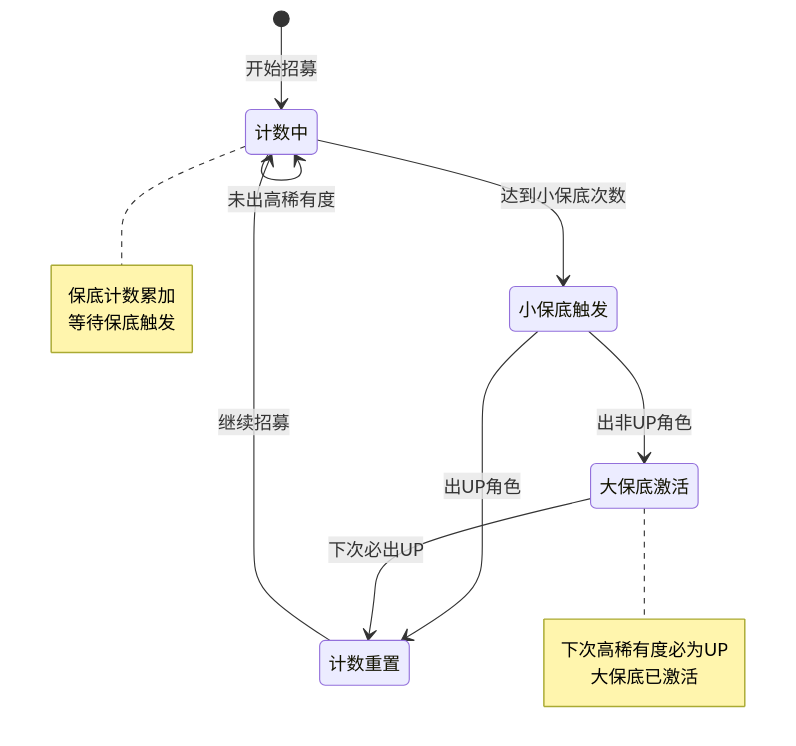
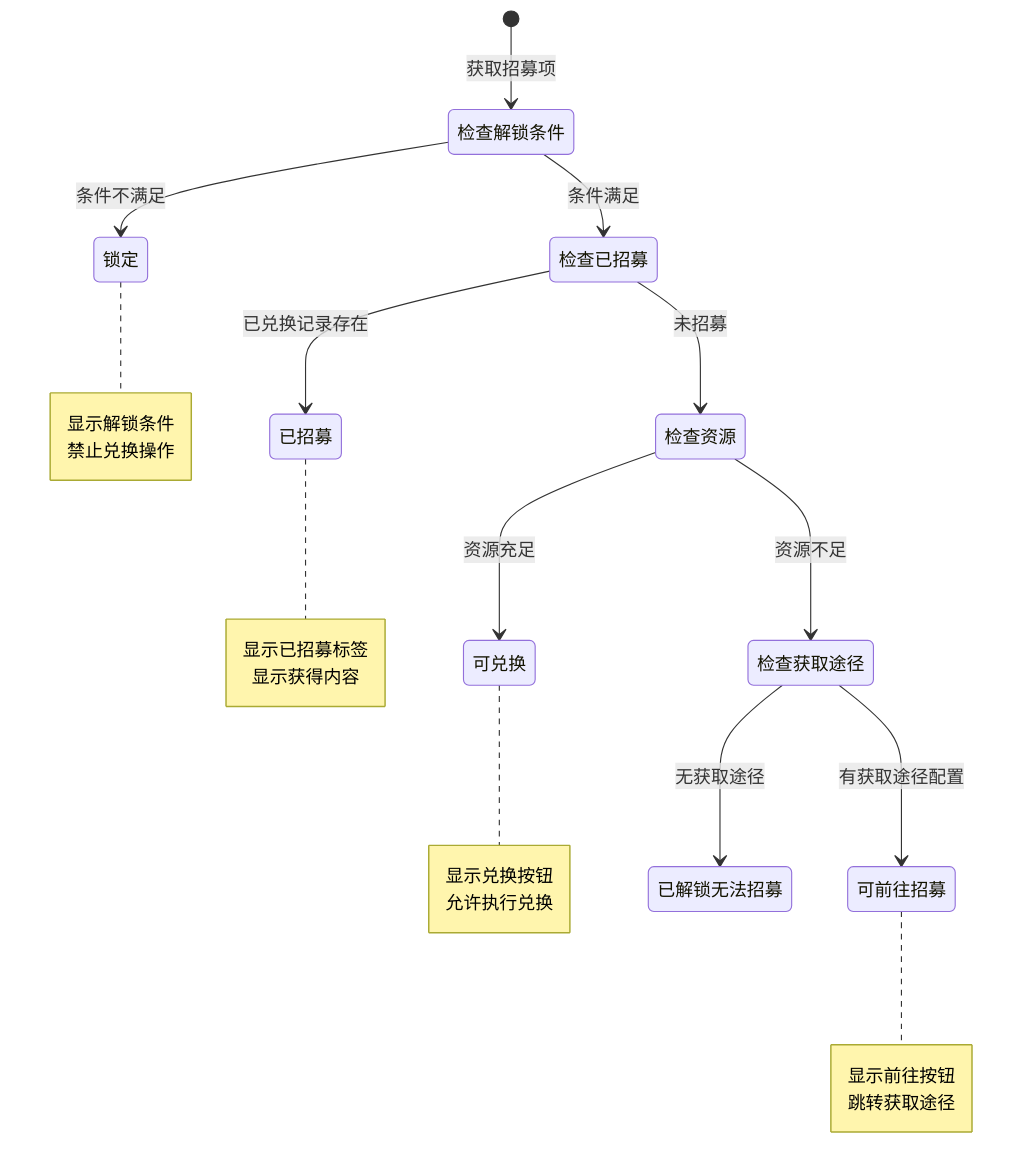
The first of 2 diagrams in docs/Module_Recruit/06_实现细节.md (Alan-Ben/k2c_game_framework), drawn with Mermaid before and after one commit. The commit also changed other lines of this file and 32 other files, not shown here.

````diff
--- a/docs/Module_Recruit/06_实现细节.md
+++ b/docs/Module_Recruit/06_实现细节.md
@@ -86,20 +63,35 @@
 ```mermaid
 stateDiagram-v2
-    [*] --> 计数中: 开始招募
-    计数中 --> 计数中: 未出高稀有度
-    计数中 --> 小保底触发: 达到小保底次数
-    小保底触发 --> 计数重置: 出UP角色
-    小保底触发 --> 大保底激活: 出非UP角色
-    大保底激活 --> 计数重置: 下次必出UP
-    计数重置 --> 计数中: 继续招募
+    [*] --> 检查解锁条件: 获取招募项
+    检查解锁条件 --> 锁定: 条件不满足
+    检查解锁条件 --> 检查已招募: 条件满足
 
-    note right of 计数中
-        保底计数累加
-        等待保底触发
+    检查已招募 --> 已招募: 已兑换记录存在
+    检查已招募 --> 检查资源: 未招募
+
+    检查资源 --> 检查获取途径: 资源不足
+    检查资源 --> 可兑换: 资源充足
+
+    检查获取途径 --> 可前往招募: 有获取途径配置
+    检查获取途径 --> 已解锁无法招募: 无获取途径
+
+    note right of 锁定
+        显示解锁条件
+        禁止兑换操作
     end note
 
-    note right of 大保底激活
-        下次高稀有度必为UP
-        大保底已激活
+    note right of 已招募
+        显示已招募标签
+        显示获得内容
+    end note
+
+    note right of 可兑换
+        显示兑换按钮
+        允许执行兑换
+    end note
+
+    note right of 可前往招募
+        显示前往按钮
+        跳转获取途径
     end note
 ```
````
